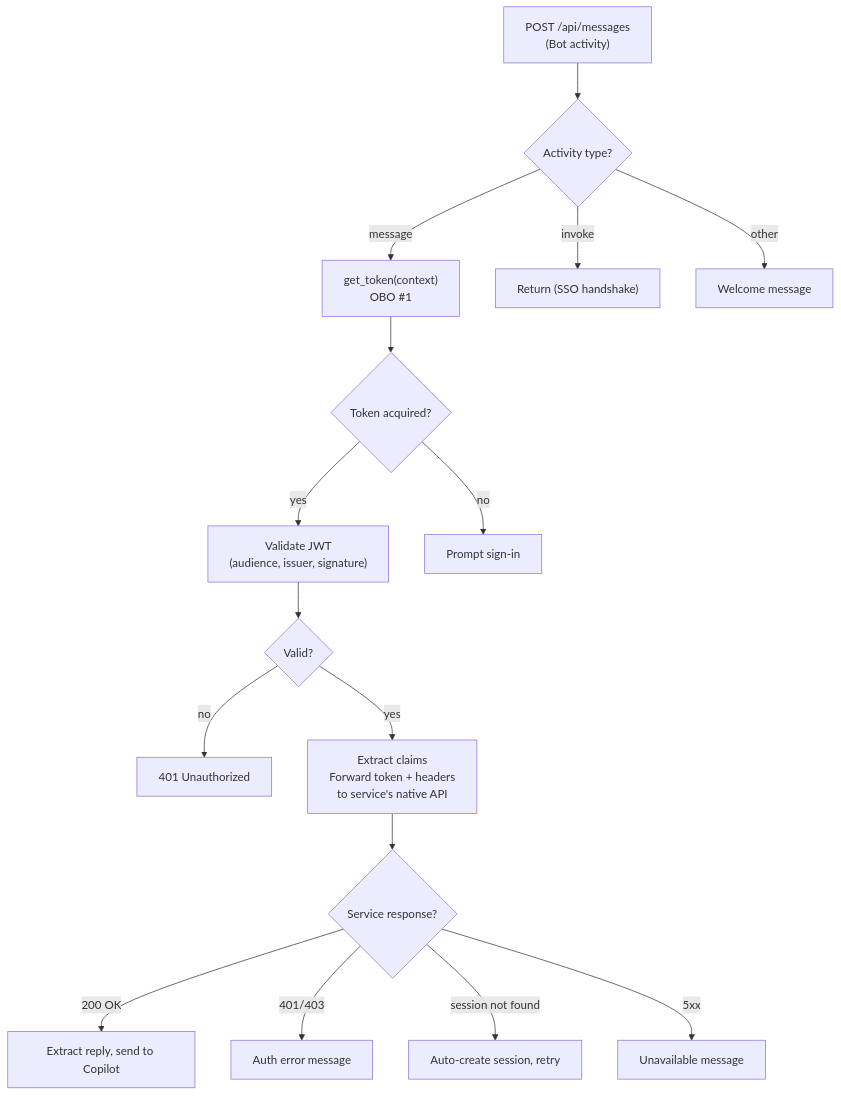
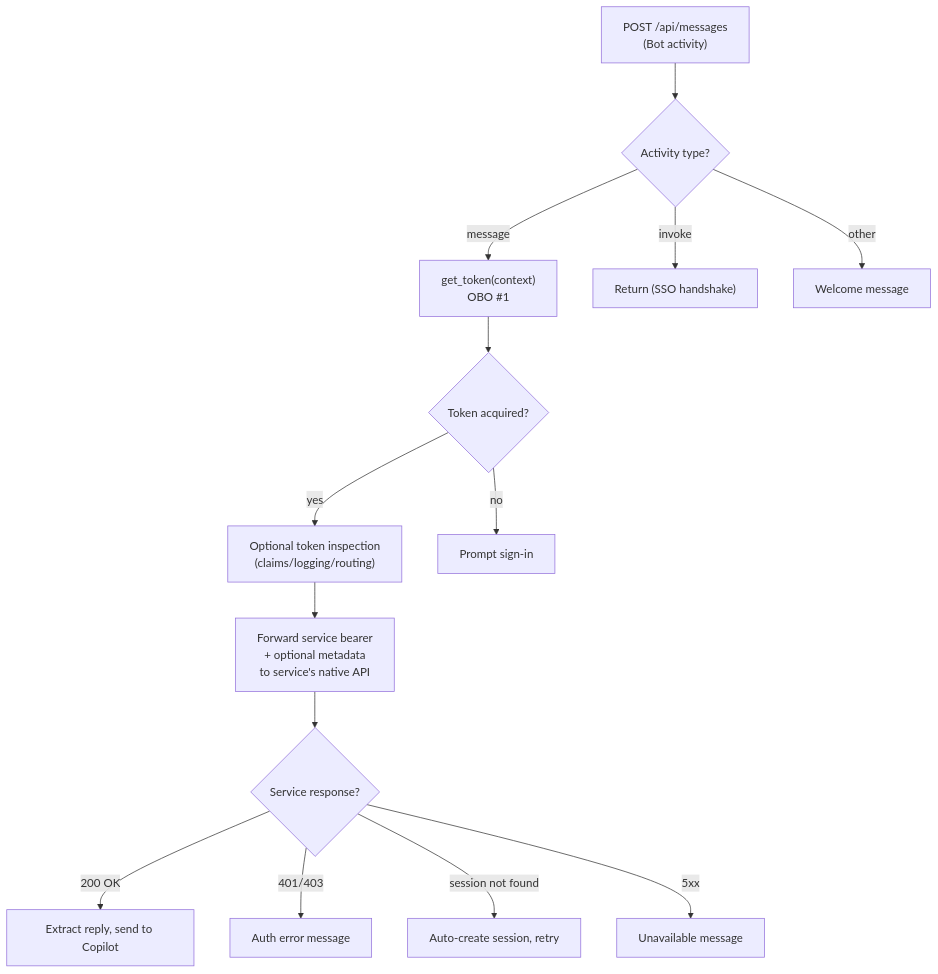
Before and after one commit to james-tn/dbx-mcp-copilot: the fourth of 8 diagrams in docs/m365-agentic-service-developer-guide.md, drawn with Mermaid. The commit also changed other lines of this file and 1 other file, not shown here.

````diff
--- a/docs/m365-agentic-service-developer-guide.md
+++ b/docs/m365-agentic-service-developer-guide.md
@@ -250,18 +252,16 @@
 ```mermaid
 flowchart TD
     A["POST /api/messages<br/>(Bot activity)"] --> B{Activity type?}
     B -->|message| C["get_token(context)<br/>OBO #1"]
     B -->|invoke| D["Return (SSO handshake)"]
     B -->|other| E["Welcome message"]
     C --> F{Token acquired?}
-    F -->|yes| V["Validate JWT<br/>(audience, issuer, signature)"]
+    F -->|yes| V["Optional token inspection<br/>(claims/logging/routing)"]
     F -->|no| H["Prompt sign-in"]
-    V --> V2{Valid?}
-    V2 -->|no| V3["401 Unauthorized"]
-    V2 -->|yes| G["Extract claims<br/>Forward token + headers<br/>to service's native API"]
+    V --> G["Forward service bearer<br/>+ optional metadata<br/>to service's native API"]
     G --> I{Service response?}
     I -->|200 OK| J["Extract reply, send to Copilot"]
     I -->|401/403| K["Auth error message"]
     I -->|session not found| L["Auto-create session, retry"]
     I -->|5xx| M["Unavailable message"]
 ```
````
